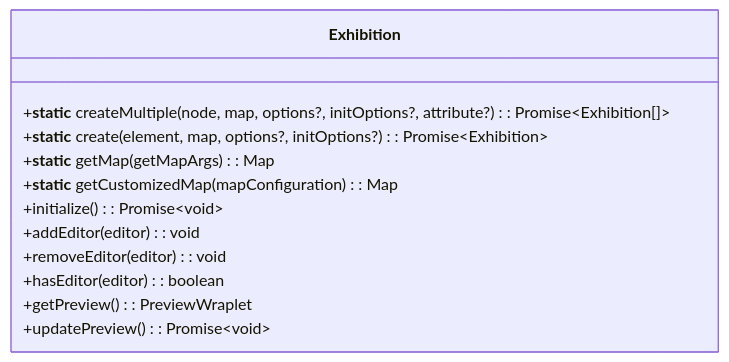
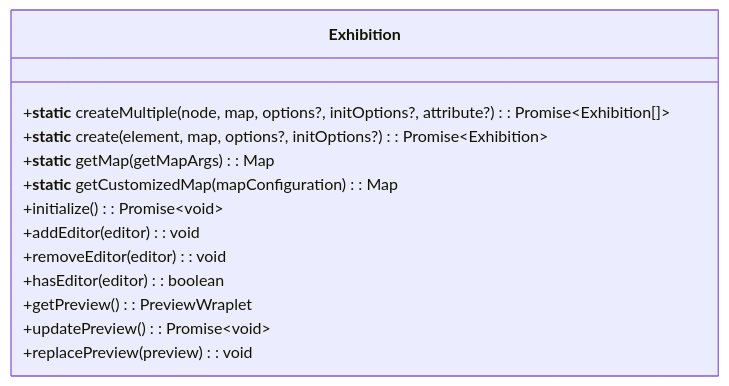
One commit to wraplet/exhibitionjs-docs changed the second of 4 diagrams in docs/2-core-concepts.md. Above: the diagram before and after it, drawn with Mermaid. The commit also changed other lines of this file and 14 other files, not shown here.

````diff
--- a/docs/2-core-concepts.md
+++ b/docs/2-core-concepts.md
@@ -49,16 +50,17 @@
 ```mermaid
 classDiagram
     class Exhibition {
         +__static__ createMultiple(node, map, options?, initOptions?, attribute?): Promise~Exhibition[]~
         +__static__ create(element, map, options?, initOptions?): Promise~Exhibition~
         +__static__ getMap(getMapArgs): Map
         +__static__ getCustomizedMap(mapConfiguration): Map
 
         +initialize(): Promise~void~
         +addEditor(editor): void
         +removeEditor(editor): void
         +hasEditor(editor): boolean
         +getPreview(): PreviewWraplet
         +updatePreview(): Promise~void~
+        +replacePreview(preview): void
     }
 ```
````
